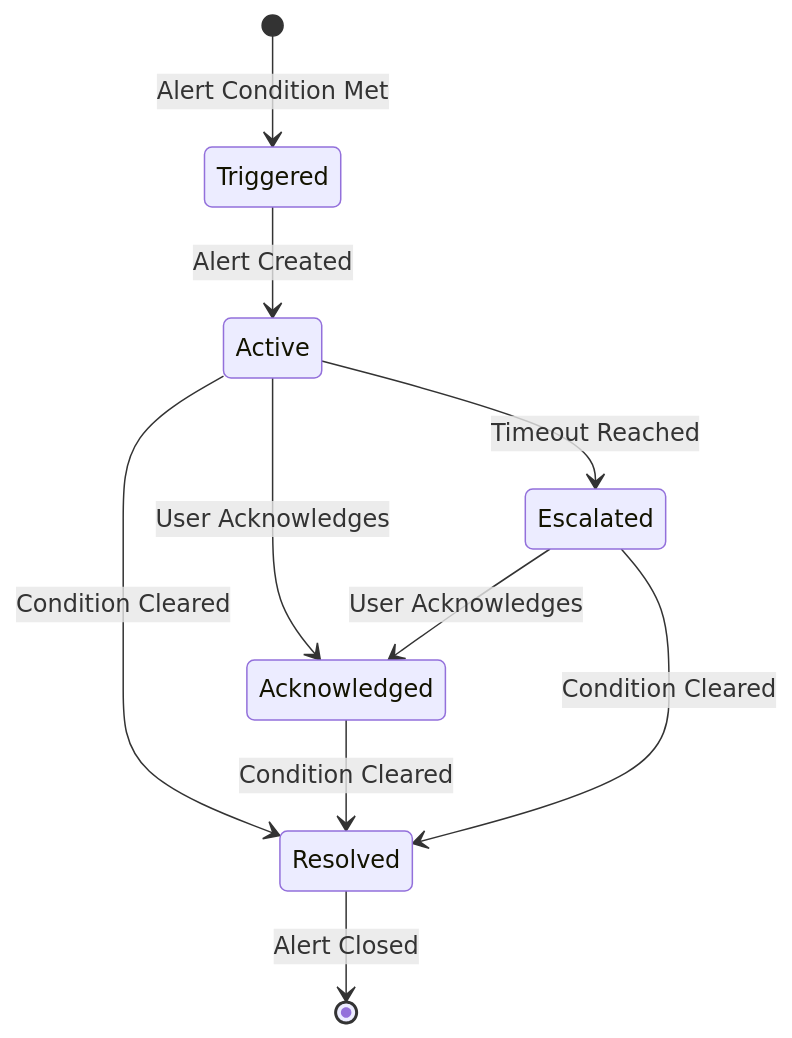
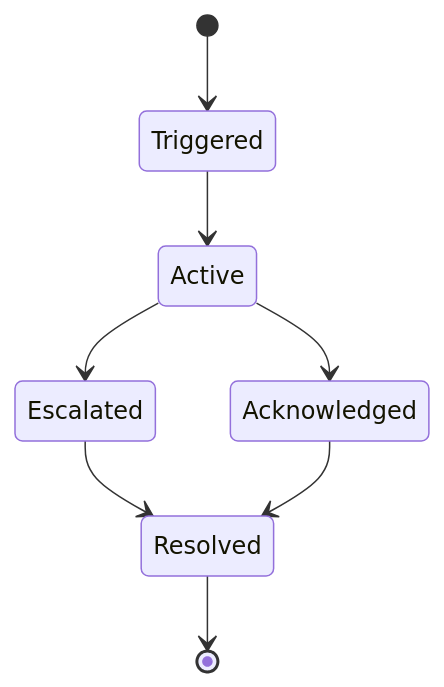
One commit to ShanKonduru/agent_monitor changed the third of 9 diagrams in docs/PULSEGUARD_COMPREHENSIVE_DOCUMENTATION.md. Above: the diagram before and after it, drawn with Mermaid. The commit also changed other lines of this file and 9338 other files, not shown here.

````diff
--- a/docs/PULSEGUARD_COMPREHENSIVE_DOCUMENTATION.md
+++ b/docs/PULSEGUARD_COMPREHENSIVE_DOCUMENTATION.md
@@ -286,13 +266,10 @@
 ```mermaid
 stateDiagram-v2
-    [*] --> Triggered : Alert Condition Met
-    Triggered --> Active : Alert Created
-    Active --> Acknowledged : User Acknowledges
-    Active --> Resolved : Condition Cleared
-    Acknowledged --> Resolved : Condition Cleared
-    Resolved --> [*] : Alert Closed
-    
-    Active --> Escalated : Timeout Reached
-    Escalated --> Acknowledged : User Acknowledges
-    Escalated --> Resolved : Condition Cleared
+  [*] --> Triggered
+  Triggered --> Active
+  Active --> Acknowledged
+  Active --> Escalated
+  Escalated --> Resolved
+  Acknowledged --> Resolved
+  Resolved --> [*]
 ```
````
